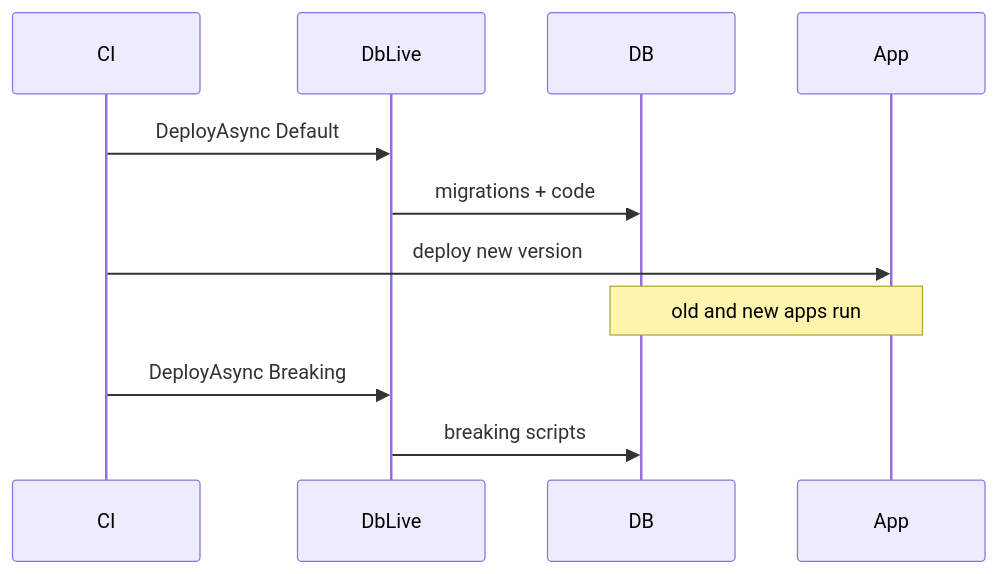
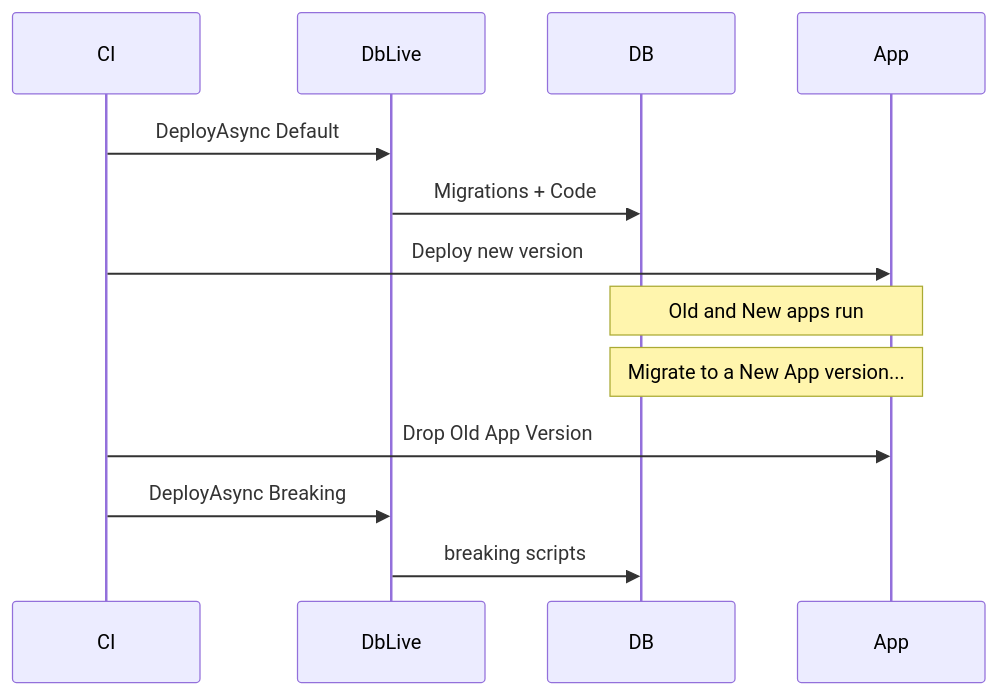
One commit to zacoders/DbLive changed the third of 3 diagrams in docs/philosophy.md. Above: the diagram before and after it, drawn with Mermaid. The commit also changed other lines of this file and 2 other files, not shown here.

````diff
--- a/docs/philosophy.md
+++ b/docs/philosophy.md
@@ -224,13 +224,15 @@
 ```mermaid
 sequenceDiagram
     participant CI
     participant DbLive
     participant DB
     participant App
     CI->>DbLive: DeployAsync Default
-    DbLive->>DB: migrations + code
-    CI->>App: deploy new version
-    Note over App,DB: old and new apps run
+    DbLive->>DB: Migrations + Code
+    CI->>App: Deploy new version
+    Note over App,DB: Old and New apps run
+    Note over App,DB: Migrate to a New App version...
+    CI->>App: Drop Old App Version
     CI->>DbLive: DeployAsync Breaking
     DbLive->>DB: breaking scripts
 ```
````
